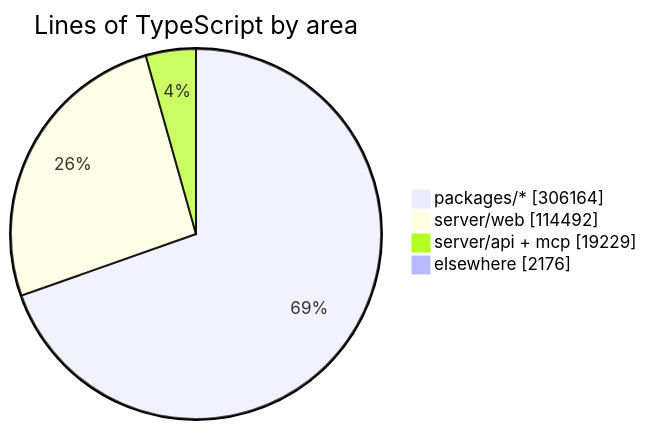
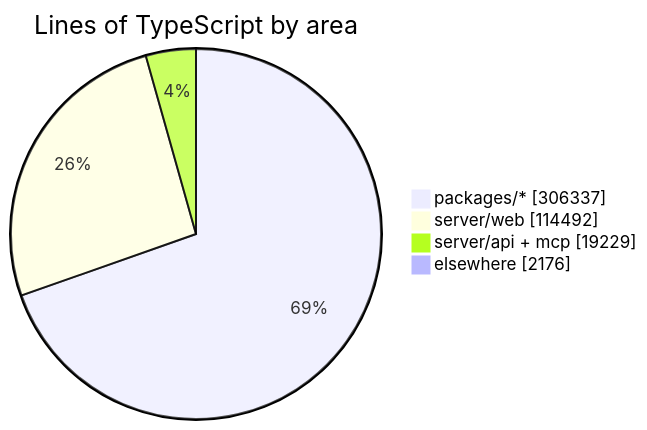
The diagram in README.md (crossworks-engineering/mantle), drawn with Mermaid before and after one commit. The commit also changed other lines of this file and 2 other files, not shown here.

````diff
--- a/README.md
+++ b/README.md
@@ -294,7 +294,7 @@
 ```mermaid
 pie showData title Lines of TypeScript by area
-    "packages/*" : 306164
+    "packages/*" : 306337
     "server/web" : 114492
     "server/api + mcp" : 19229
     "elsewhere" : 2176
 ```
````
